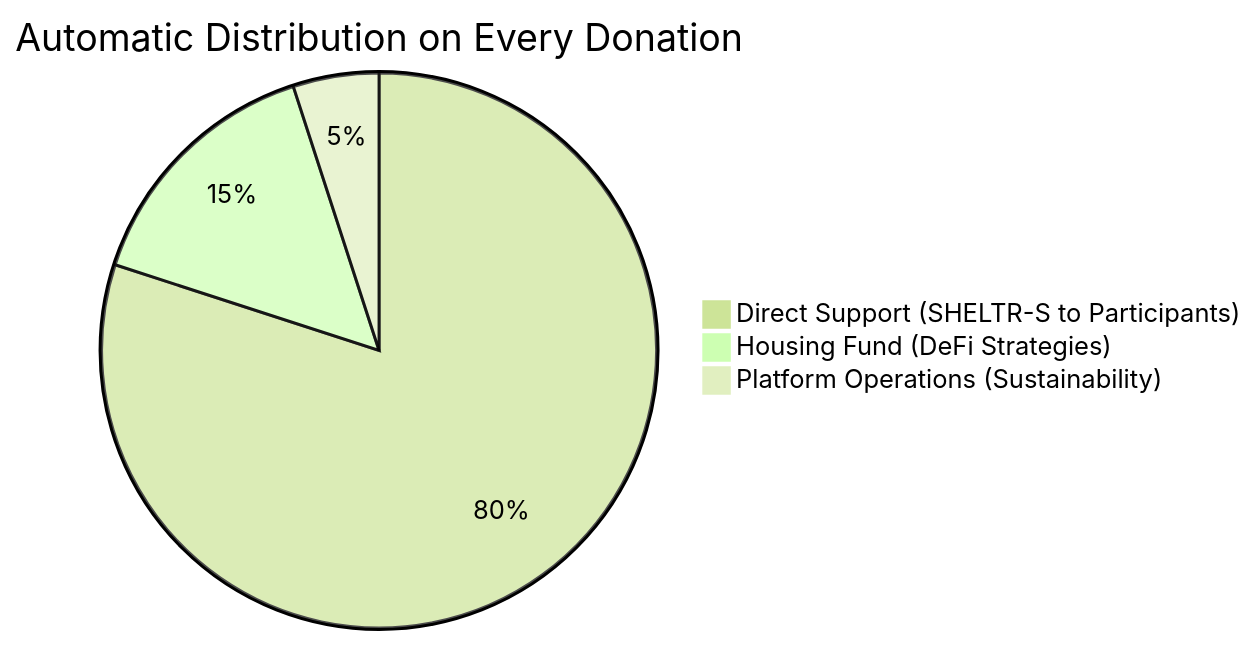
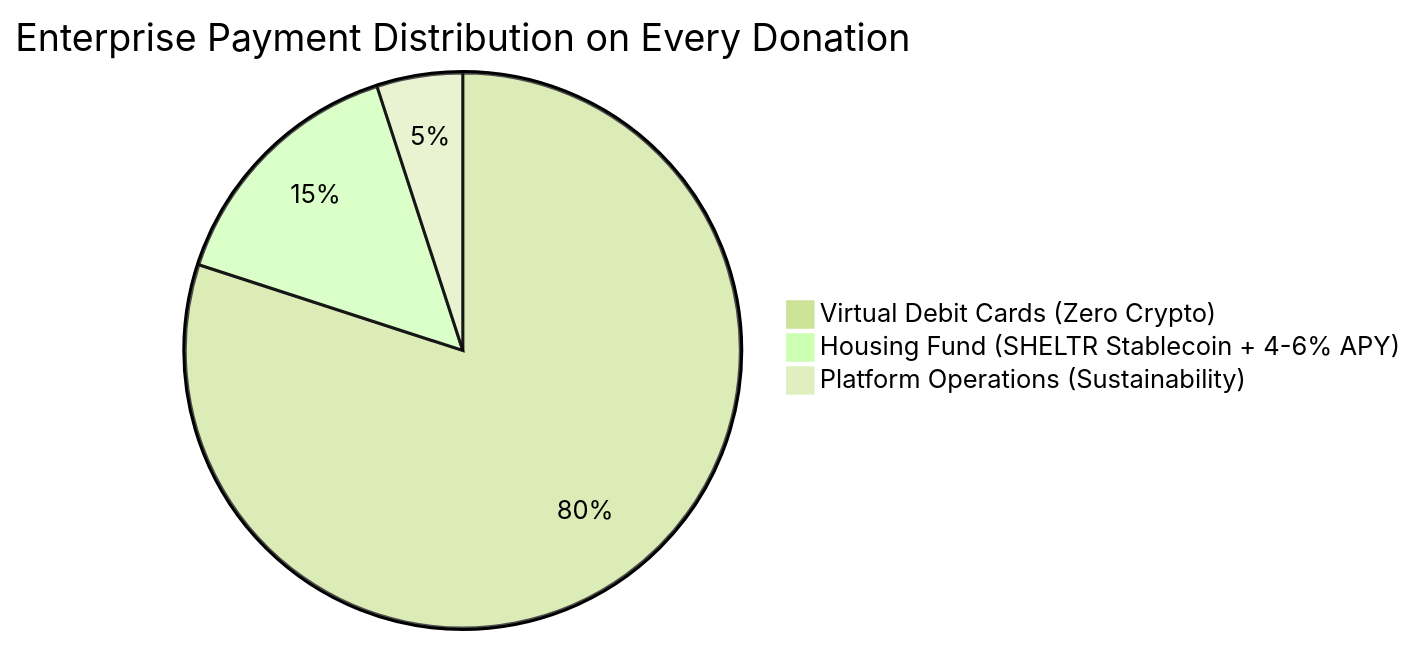
One commit to mrj0nesmtl/sheltr-ai changed the second of 2 diagrams in docs/02-architecture/system-design.md. Above: the diagram before and after it, drawn with Mermaid (forest theme). The commit also changed other lines of this file, not shown here.

Commit message:
fix: update system diagram to reflect single-token architecture with Adyen and Coinbase

````diff
--- a/docs/02-architecture/system-design.md
+++ b/docs/02-architecture/system-design.md
@@ -350,6 +356,6 @@
 ```mermaid
-pie title Automatic Distribution on Every Donation
-    "Direct Support (SHELTR-S to Participants)" : 80
-    "Housing Fund (DeFi Strategies)" : 15
+pie title Enterprise Payment Distribution on Every Donation
+    "Virtual Debit Cards (Zero Crypto)" : 80
+    "Housing Fund (SHELTR Stablecoin + 4-6% APY)" : 15
     "Platform Operations (Sustainability)" : 5
 ```
````
